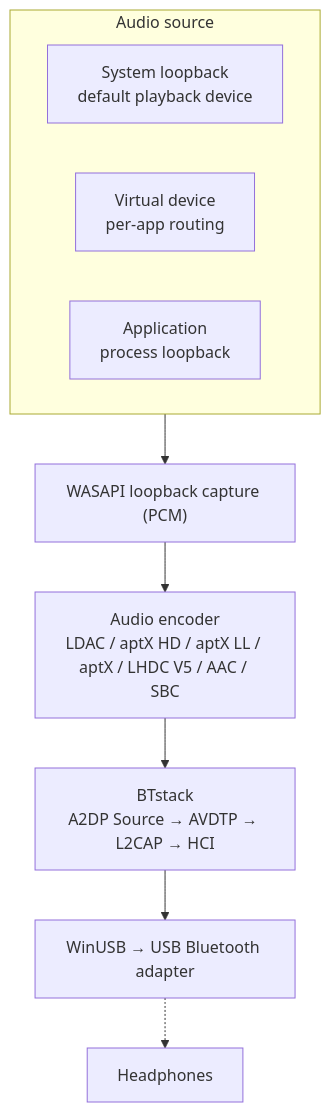
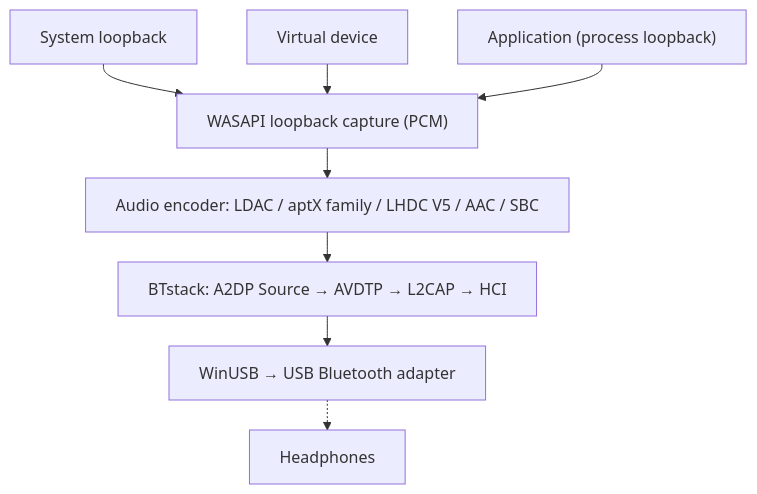
Before and after one commit to SeiyaFunaokaJP/A2DP-Windows-Bridge: the diagram in docs/index.md, drawn with Mermaid. The commit also changed 5 other files, not shown here.

First line of the commit message:
docs: keep Mermaid diagram labels on one line

````diff
--- a/docs/index.md
+++ b/docs/index.md
@@ -98,14 +98,17 @@
 ```mermaid
+---
+config:
+  flowchart:
+    wrappingWidth: 480
+    rankSpacing: 30
+---
 flowchart TD
-    subgraph src["Audio source"]
-        direction LR
-        s1["System loopback<br/>default playback device"]
-        s2["Virtual device<br/>per-app routing"]
-        s3["Application<br/>process loopback"]
-    end
-    src --> cap["WASAPI loopback capture (PCM)"]
-    cap --> enc["Audio encoder<br/>LDAC / aptX HD / aptX LL / aptX / LHDC V5 / AAC / SBC"]
-    enc --> bt["BTstack<br/>A2DP Source → AVDTP → L2CAP → HCI"]
+    s1["System loopback"]
+    s2["Virtual device"]
+    s3["Application (process loopback)"]
+    s1 & s2 & s3 --> cap["WASAPI loopback capture (PCM)"]
+    cap --> enc["Audio encoder: LDAC / aptX family / LHDC V5 / AAC / SBC"]
+    enc --> bt["BTstack: A2DP Source → AVDTP → L2CAP → HCI"]
     bt --> usb["WinUSB → USB Bluetooth adapter"]
     usb -.-> hp["Headphones"]
 ```
````
